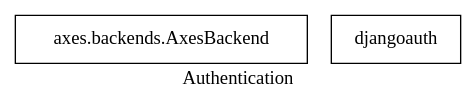
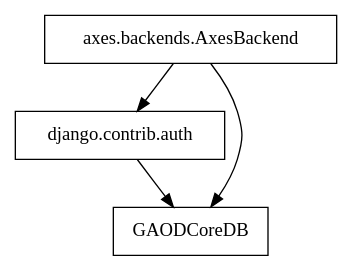
The diagram in docs/source/auth.dot (aragonopendata/ga-od-core-v2), drawn with Graphviz before and after one commit. The commit also changed 11 other files, not shown here.

```diff
--- a/docs/source/auth.dot
+++ b/docs/source/auth.dot
@@ -1,15 +1,10 @@
-graph "Authentication"
+digraph "Authentication"
 {
-    label="\G"
-    subgraph "Djangoasd"
-    {
+    axesbackend -> djangoauth;
+    axesbackend -> gaodcoredb;
+    djangoauth -> gaodcoredb;
 
-        subgraph "Django"
-        {
-            AxesBackend [shape=box, label="axes.backends.AxesBackend"];
-            djangoauth [shape=box];
-
-
-        }
-    }
+    axesbackend [shape=box, label="axes.backends.AxesBackend"];
+    djangoauth [shape=box, label="django.contrib.auth"];
+    gaodcoredb [shape=box, label="GAODCoreDB"];
 }
```
